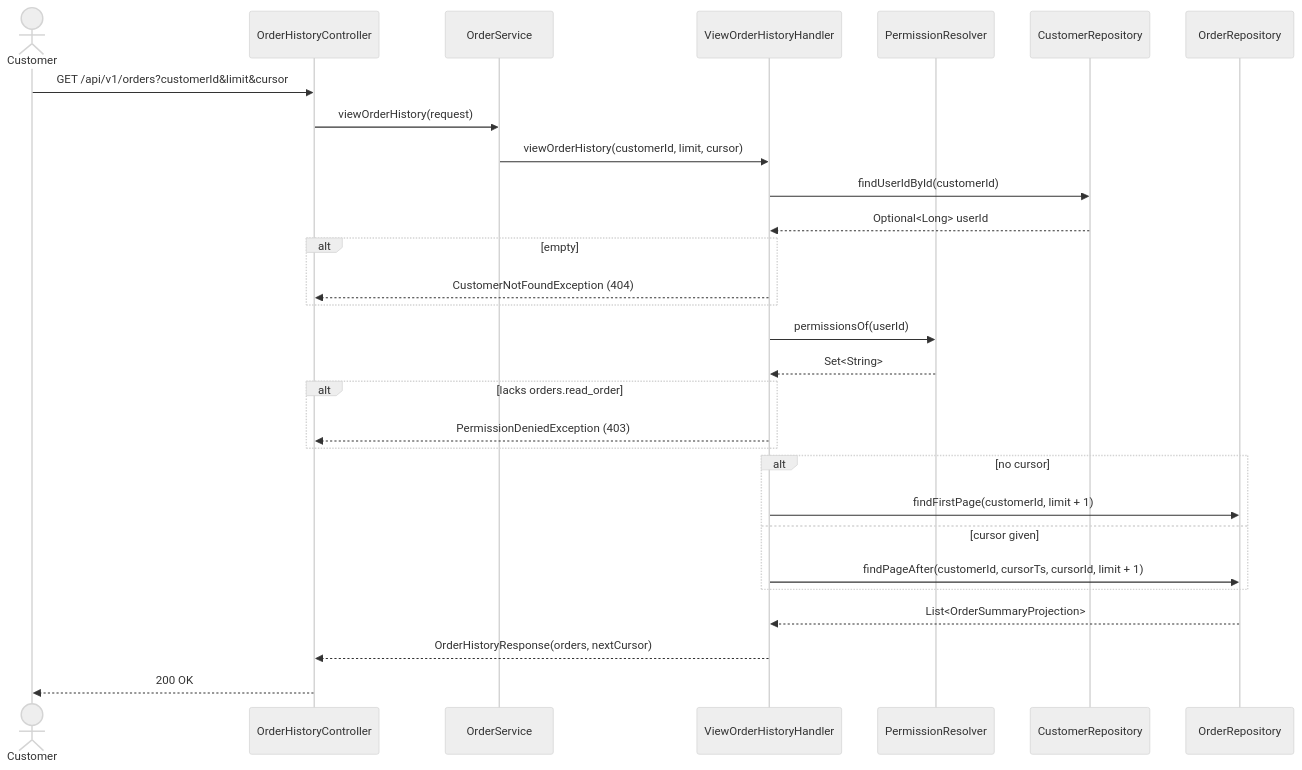
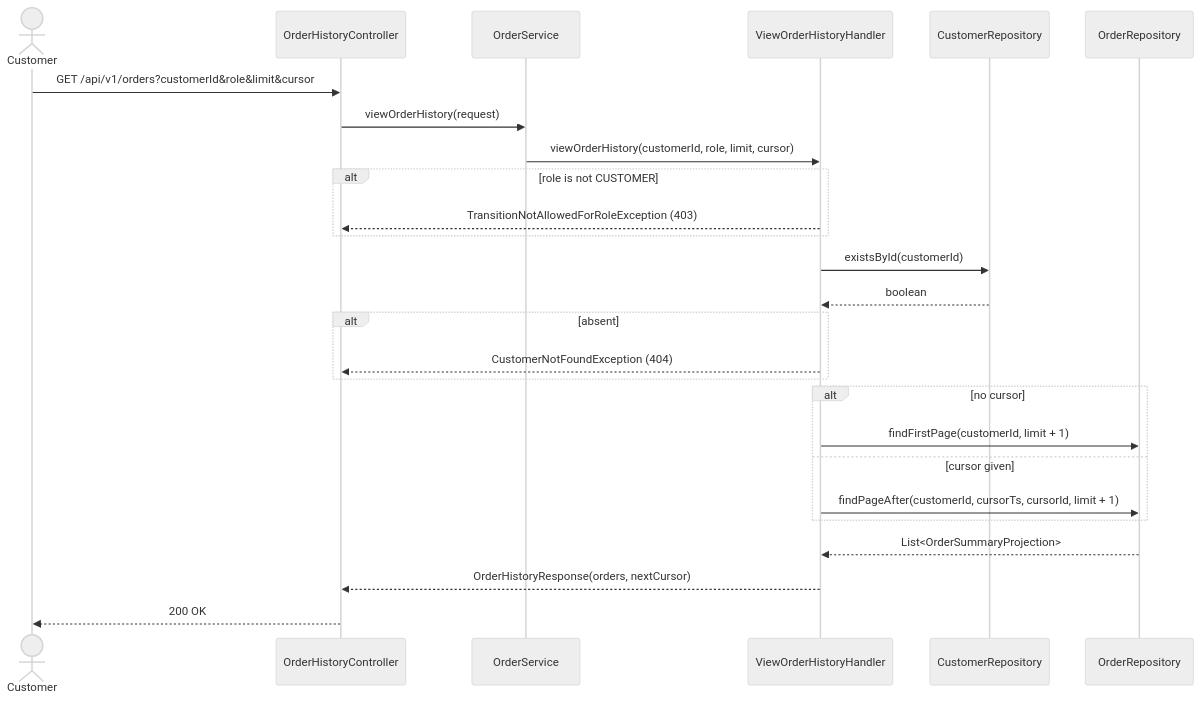
One commit to msmohammed0077-cmd/mentorship-restaurant changed the second of 2 diagrams in restaurant/.docs/use-cases/order-management/view-order-history/view-order-history.md. Above: the diagram before and after it, drawn with Mermaid (neutral theme). The commit also changed other lines of this file and 14 other files, not shown here.

First line of the commit message:
Stop the cursor from swallowing orders, and drop the permission stub

````diff
--- a/restaurant/.docs/use-cases/order-management/view-order-history/view-order-history.md
+++ b/restaurant/.docs/use-cases/order-management/view-order-history/view-order-history.md
@@ -223,36 +219,33 @@
 ```mermaid
 sequenceDiagram
     actor Customer
     participant C as OrderHistoryController
     participant S as OrderService
     participant H as ViewOrderHistoryHandler
-    participant PR as PermissionResolver
     participant CR as CustomerRepository
     participant OR as OrderRepository
 
-    Customer->>C: GET /api/v1/orders?customerId&limit&cursor
+    Customer->>C: GET /api/v1/orders?customerId&role&limit&cursor
     C->>S: viewOrderHistory(request)
-    S->>H: viewOrderHistory(customerId, limit, cursor)
+    S->>H: viewOrderHistory(customerId, role, limit, cursor)
 
-    H->>CR: findUserIdById(customerId)
-    CR-->>H: Optional<Long> userId
-    alt empty
-        H-->>C: CustomerNotFoundException (404)
+    alt role is not CUSTOMER
+        H-->>C: TransitionNotAllowedForRoleException (403)
     end
 
-    H->>PR: permissionsOf(userId)
-    PR-->>H: Set<String>
-    alt lacks orders.read_order
-        H-->>C: PermissionDeniedException (403)
+    H->>CR: existsById(customerId)
+    CR-->>H: boolean
+    alt absent
+        H-->>C: CustomerNotFoundException (404)
     end
 
     alt no cursor
         H->>OR: findFirstPage(customerId, limit + 1)
     else cursor given
         H->>OR: findPageAfter(customerId, cursorTs, cursorId, limit + 1)
     end
     OR-->>H: List<OrderSummaryProjection>
 
     H-->>C: OrderHistoryResponse(orders, nextCursor)
     C-->>Customer: 200 OK
 ```
````
